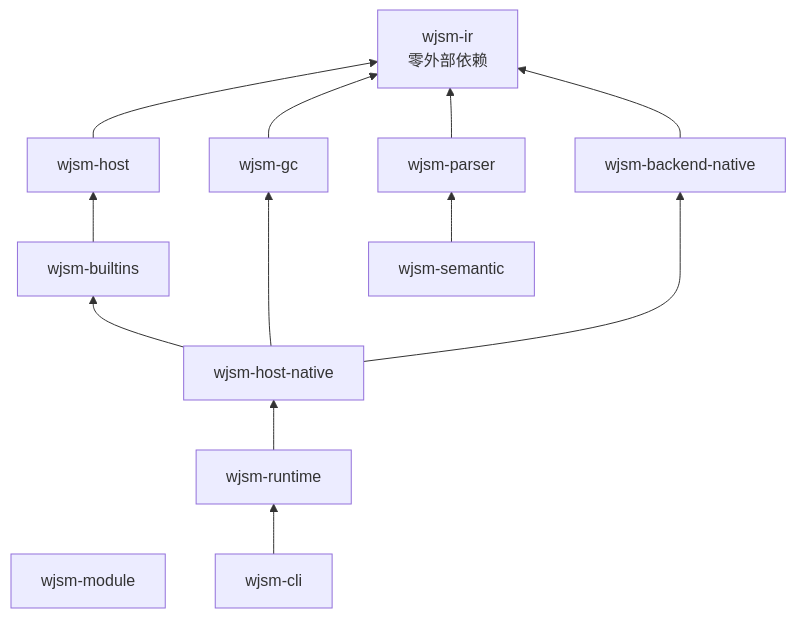
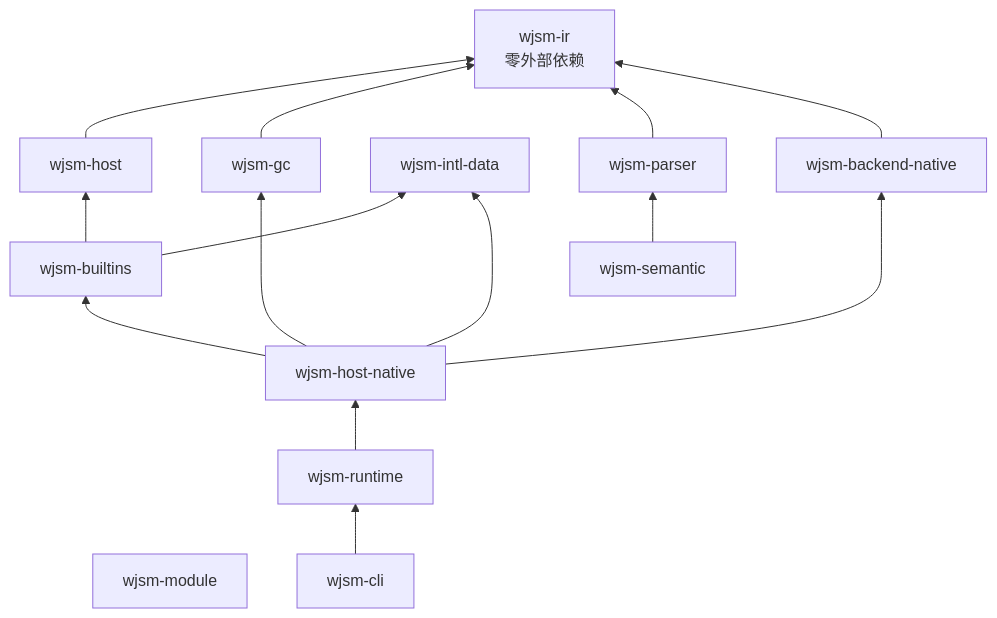
The diagram in docs/book/src/internals/foundations/ownership-and-dependencies.md (juzi5201314/wjsm), drawn with Mermaid before and after one commit. The commit also changed other lines of this file and 29 other files, not shown here.

First line of the commit message:
feat(intl): 嵌入 ICU4X compiled_data 作为唯一国际化数据层

````diff
--- a/docs/book/src/internals/foundations/ownership-and-dependencies.md
+++ b/docs/book/src/internals/foundations/ownership-and-dependencies.md
@@ -7,26 +7,29 @@
 ```mermaid
 graph BT
     IR["wjsm-ir<br/>零外部依赖"]
     HOST["wjsm-host"]
     GC["wjsm-gc"]
     BUILTINS["wjsm-builtins"]
+    INTL["wjsm-intl-data"]
     PARSER["wjsm-parser"]
     SEMANTIC["wjsm-semantic"]
     MODULE["wjsm-module"]
     BN["wjsm-backend-native"]
     HN["wjsm-host-native"]
     RT["wjsm-runtime"]
     CLI["wjsm-cli"]
 
     HOST --> IR
     GC --> IR
     BUILTINS --> HOST
+    BUILTINS --> INTL
+    HN --> INTL
     PARSER --> IR
     SEMANTIC --> PARSER
     BN --> IR
     HN --> BUILTINS
     HN --> GC
     HN --> BN
     RT --> HN
     CLI --> RT
 ```
````
